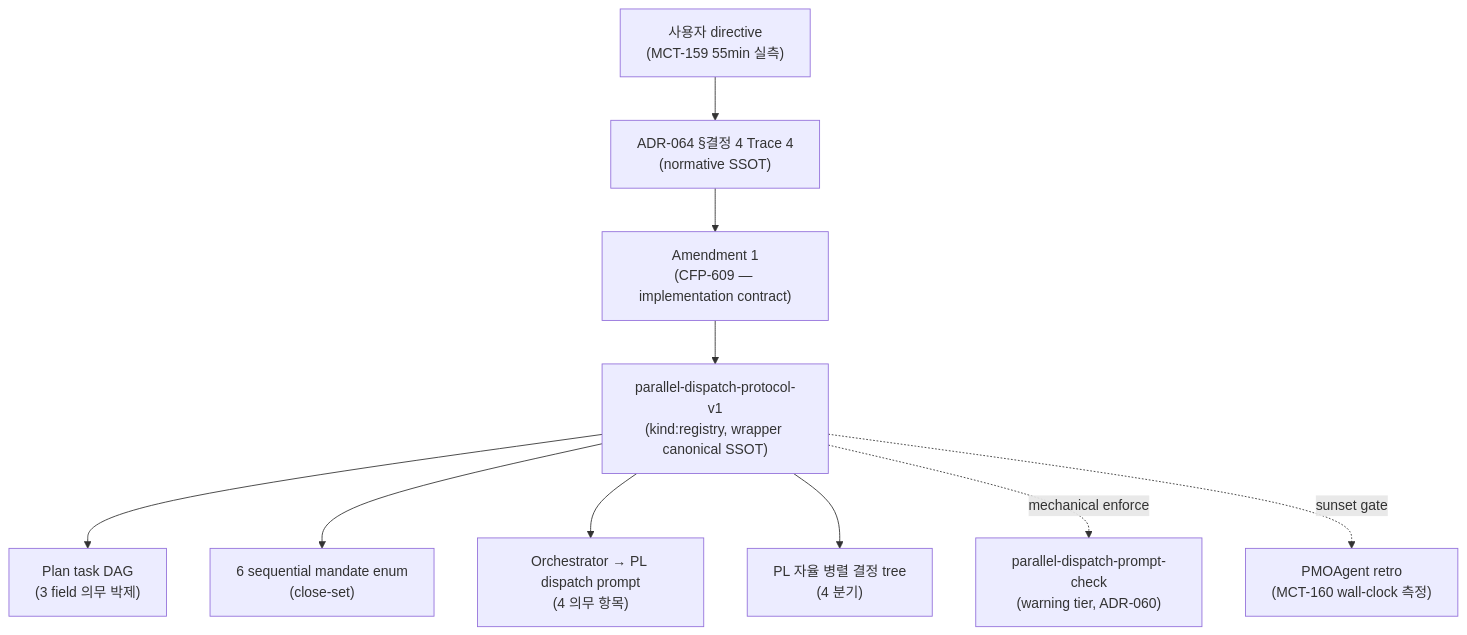
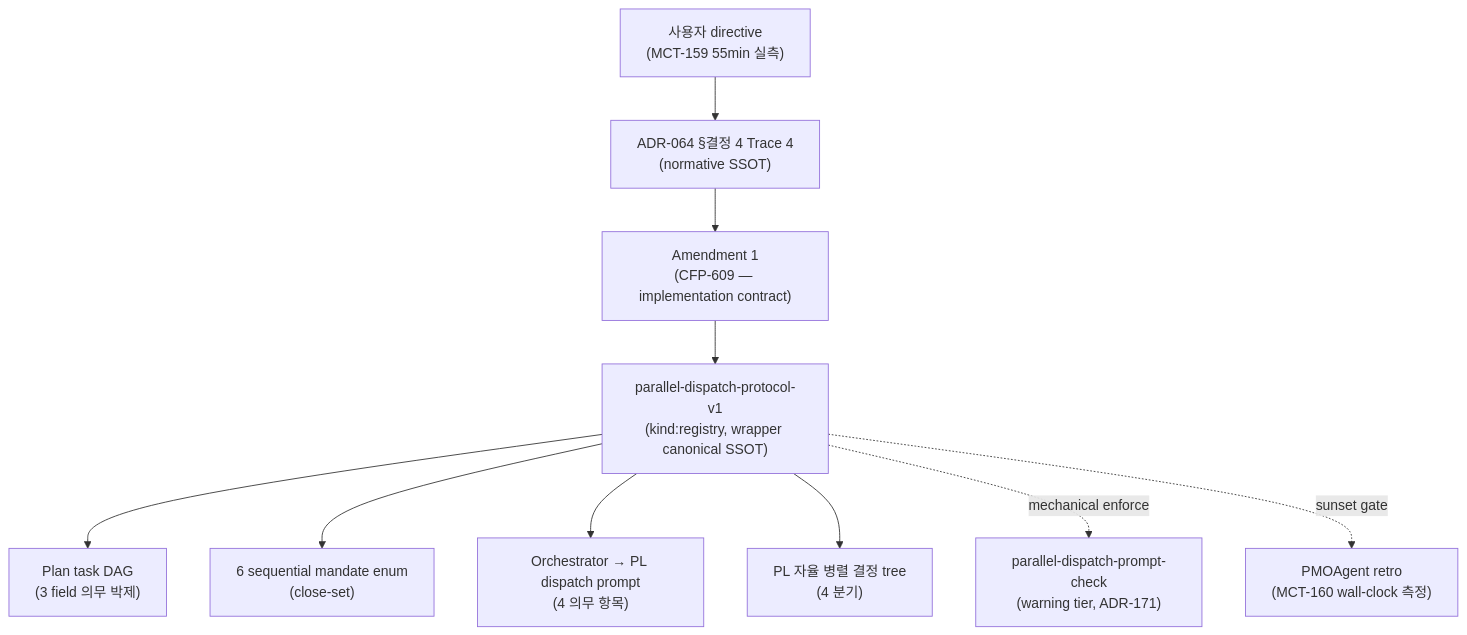
One commit to mclayer/plugin-codeforge changed the diagram in docs/inter-plugin-contracts/parallel-dispatch-protocol-v1.md. Above: the diagram before and after it, drawn with Mermaid. The commit also changed other lines of this file and 23 other files, not shown here.

````diff
--- a/docs/inter-plugin-contracts/parallel-dispatch-protocol-v1.md
+++ b/docs/inter-plugin-contracts/parallel-dispatch-protocol-v1.md
@@ -334,23 +335,23 @@
 ```mermaid
 graph TD
     User["사용자 directive<br/>(MCT-159 55min 실측)"]
     ADR064["ADR-064 §결정 4 Trace 4<br/>(normative SSOT)"]
     Amendment["Amendment 1<br/>(CFP-609 — implementation contract)"]
     Registry["parallel-dispatch-protocol-v1<br/>(kind:registry, wrapper canonical SSOT)"]
     Plan["Plan task DAG<br/>(3 field 의무 박제)"]
     Enum["6 sequential mandate enum<br/>(close-set)"]
     Prompt["Orchestrator → PL dispatch prompt<br/>(4 의무 항목)"]
     Tree["PL 자율 병렬 결정 tree<br/>(4 분기)"]
-    Lint["parallel-dispatch-prompt-check<br/>(warning tier, ADR-060)"]
+    Lint["parallel-dispatch-prompt-check<br/>(warning tier, ADR-171)"]
     PMO["PMOAgent retro<br/>(MCT-160 wall-clock 측정)"]
 
     User --> ADR064
     ADR064 --> Amendment
     Amendment --> Registry
     Registry --> Plan
     Registry --> Enum
     Registry --> Prompt
     Registry --> Tree
     Registry -.mechanical enforce.-> Lint
     Registry -.sunset gate.-> PMO
 ```
````
